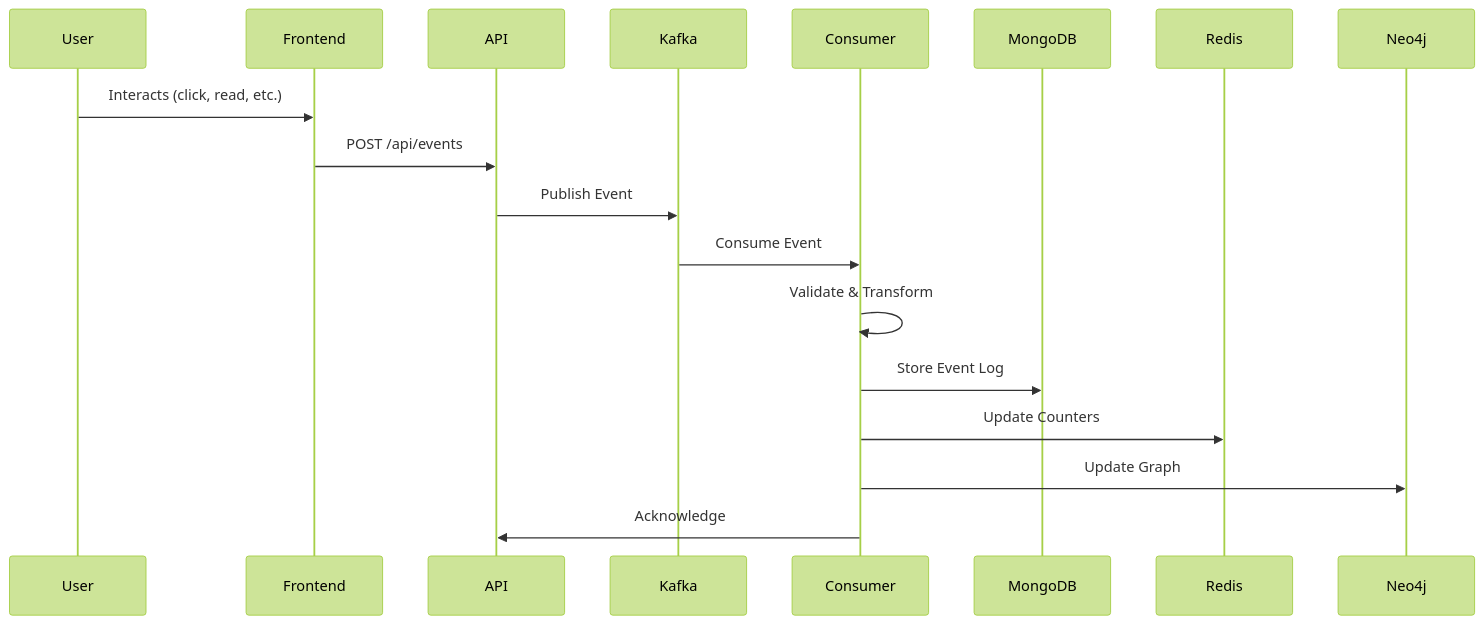
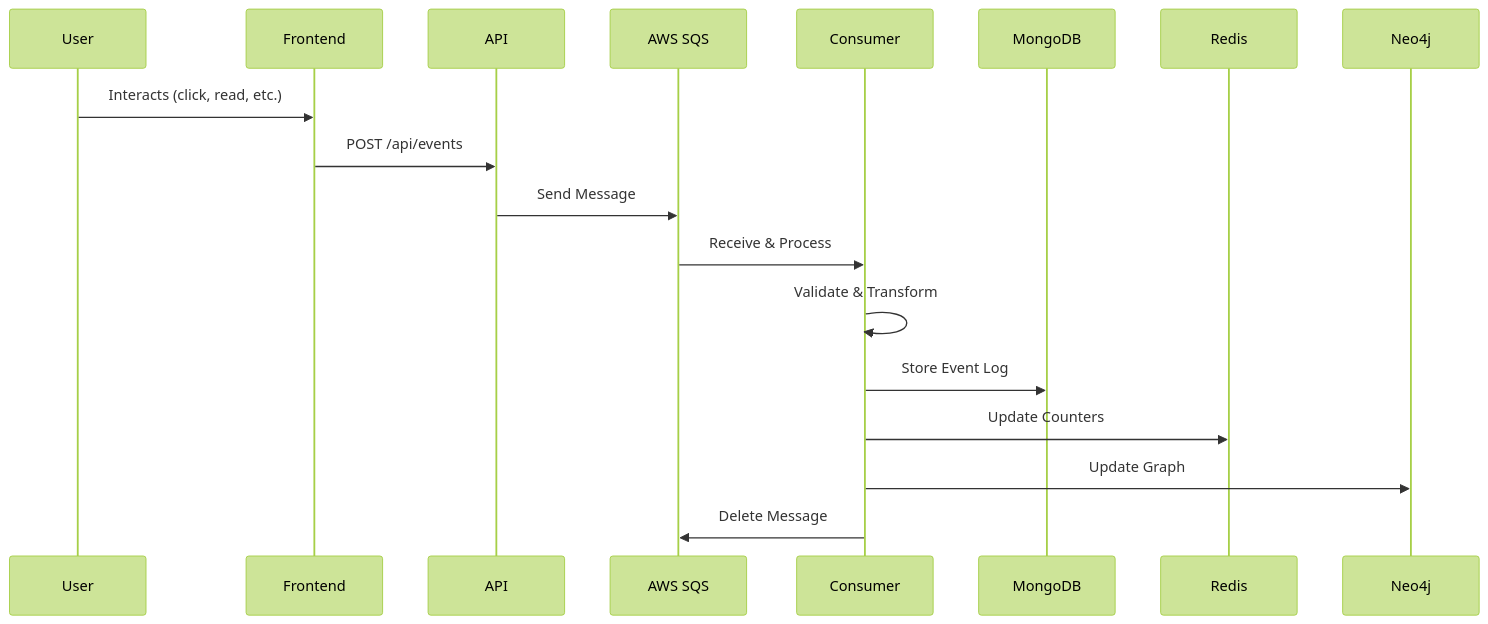
Before and after one commit to RAAHUL-tech/BibliophileAI: the sixth of 10 diagrams in README.md, drawn with Mermaid (forest theme). The commit also changed other lines of this file and 101 other files, not shown here.

First line of the commit message:
Add setup/docs and migrate event pipeline to SQS

````diff
--- a/README.md
+++ b/README.md
@@ -213,21 +455,21 @@
 ```mermaid
 sequenceDiagram
     participant User
     participant Frontend
     participant API
-    participant Kafka
+    participant SQS as AWS SQS
     participant Consumer
     participant MongoDB
     participant Redis
     participant Neo4j
     
     User->>Frontend: Interacts (click, read, etc.)
     Frontend->>API: POST /api/events
-    API->>Kafka: Publish Event
-    Kafka->>Consumer: Consume Event
+    API->>SQS: Send Message
+    SQS->>Consumer: Receive & Process
     Consumer->>Consumer: Validate & Transform
     Consumer->>MongoDB: Store Event Log
     Consumer->>Redis: Update Counters
     Consumer->>Neo4j: Update Graph
-    Consumer->>API: Acknowledge
+    Consumer->>SQS: Delete Message
 ```
````
